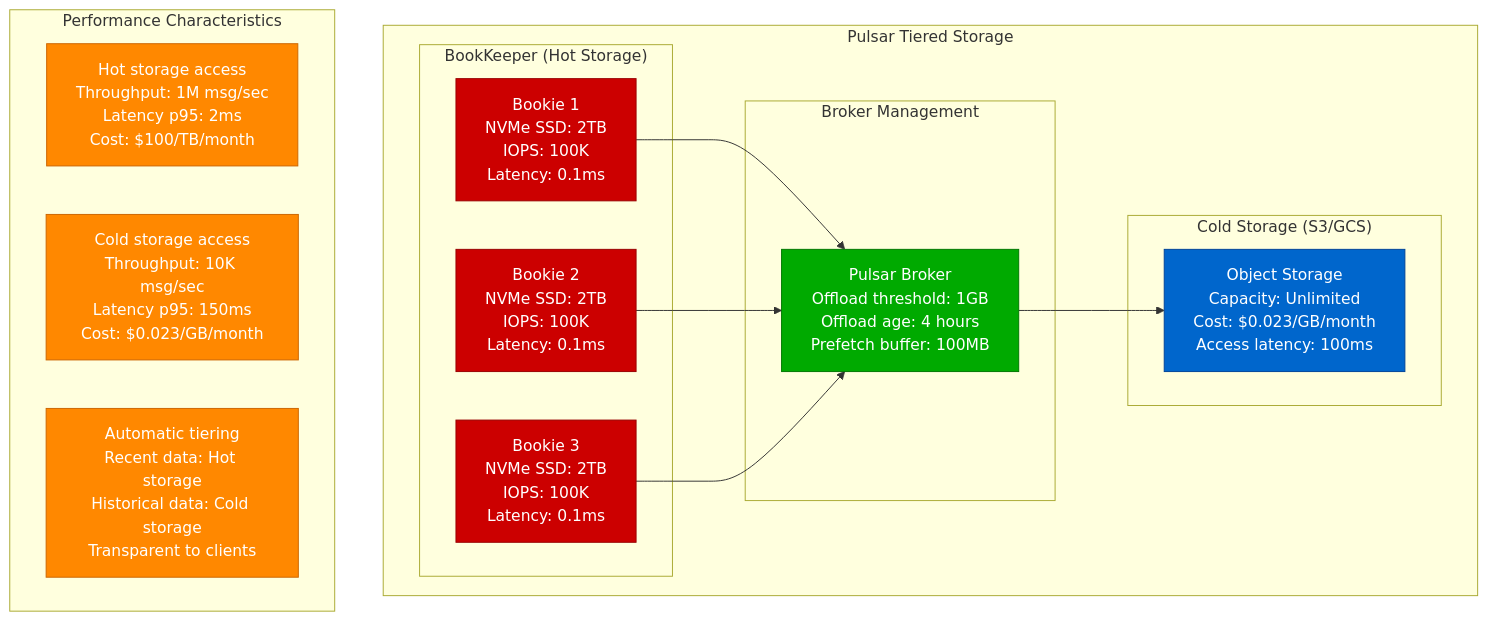
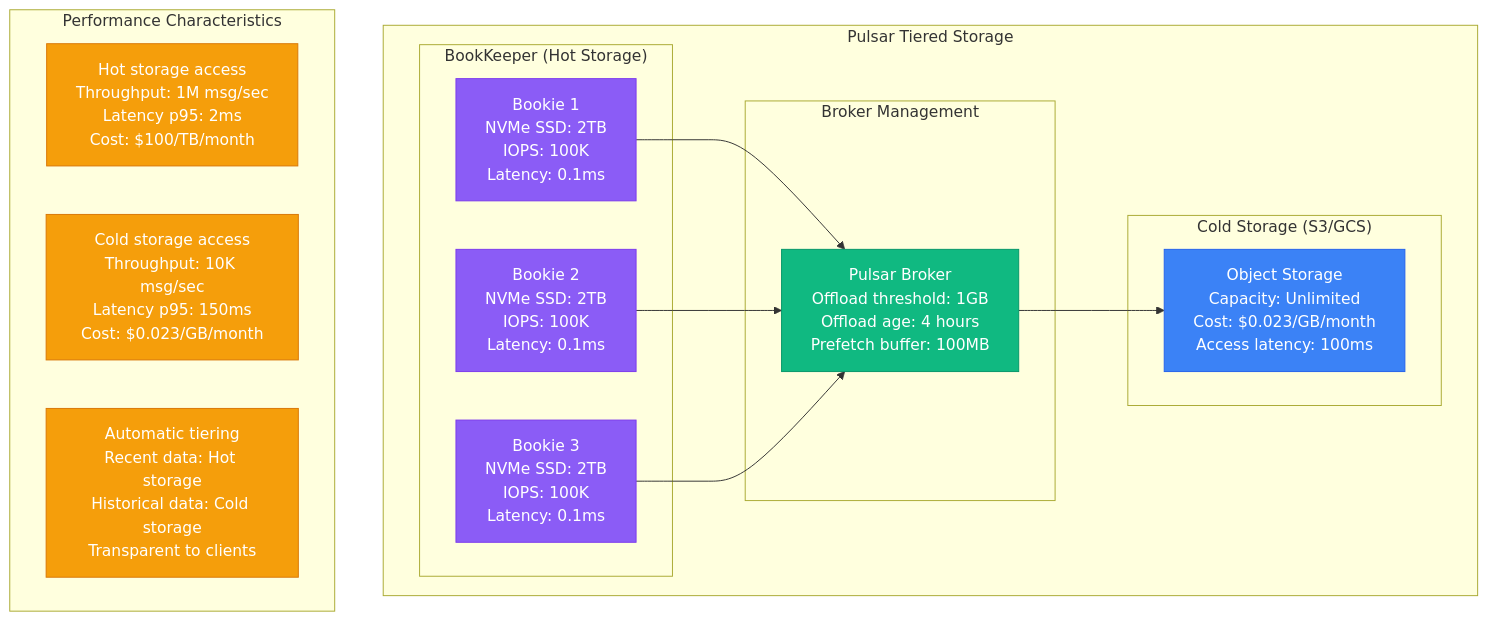
The first of 11 diagrams in site/docs/performance/pulsar-performance-profile.md (deepaucksharma/DS), drawn with Mermaid before and after one commit. The commit also changed other lines of this file and 303 other files, not shown here.

````diff
--- a/site/docs/performance/pulsar-performance-profile.md
+++ b/site/docs/performance/pulsar-performance-profile.md
@@ -11,41 +11,41 @@
 ```mermaid
 graph TB
     subgraph "Pulsar Tiered Storage"
         subgraph "BookKeeper (Hot Storage)"
             BK1[Bookie 1<br/>NVMe SSD: 2TB<br/>IOPS: 100K<br/>Latency: 0.1ms]
             BK2[Bookie 2<br/>NVMe SSD: 2TB<br/>IOPS: 100K<br/>Latency: 0.1ms]
             BK3[Bookie 3<br/>NVMe SSD: 2TB<br/>IOPS: 100K<br/>Latency: 0.1ms]
         end
 
         subgraph "Cold Storage (S3/GCS)"
             COLD[Object Storage<br/>Capacity: Unlimited<br/>Cost: $0.023/GB/month<br/>Access latency: 100ms]
         end
 
         subgraph "Broker Management"
             BROKER[Pulsar Broker<br/>Offload threshold: 1GB<br/>Offload age: 4 hours<br/>Prefetch buffer: 100MB]
         end
 
         BK1 --> BROKER
         BK2 --> BROKER
         BK3 --> BROKER
         BROKER --> COLD
     end
 
     subgraph "Performance Characteristics"
         PC1[Hot storage access<br/>Throughput: 1M msg/sec<br/>Latency p95: 2ms<br/>Cost: $100/TB/month]
 
         PC2[Cold storage access<br/>Throughput: 10K msg/sec<br/>Latency p95: 150ms<br/>Cost: $0.023/GB/month]
 
         PC3[Automatic tiering<br/>Recent data: Hot storage<br/>Historical data: Cold storage<br/>Transparent to clients]
     end
 
-    classDef hotStyle fill:#CC0000,stroke:#990000,color:#fff
-    classDef coldStyle fill:#0066CC,stroke:#004499,color:#fff
-    classDef brokerStyle fill:#00AA00,stroke:#007700,color:#fff
-    classDef perfStyle fill:#FF8800,stroke:#CC6600,color:#fff
+    classDef hotStyle fill:#8B5CF6,stroke:#7C3AED,color:#fff
+    classDef coldStyle fill:#3B82F6,stroke:#2563EB,color:#fff
+    classDef brokerStyle fill:#10B981,stroke:#059669,color:#fff
+    classDef perfStyle fill:#F59E0B,stroke:#D97706,color:#fff
 
     class BK1,BK2,BK3 hotStyle
     class COLD coldStyle
     class BROKER brokerStyle
     class PC1,PC2,PC3 perfStyle
 ```
````
